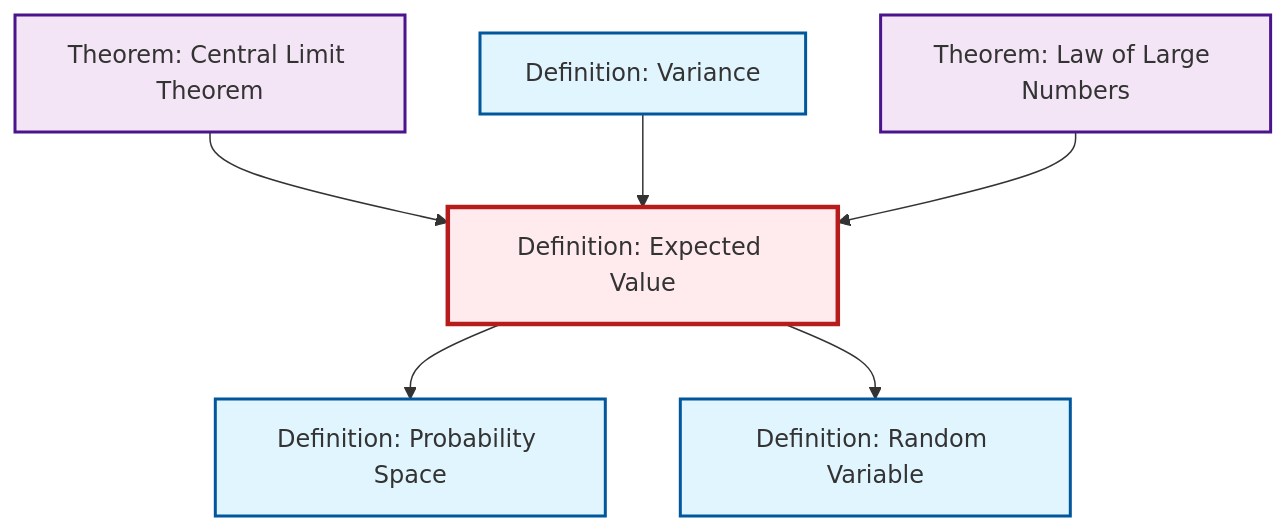
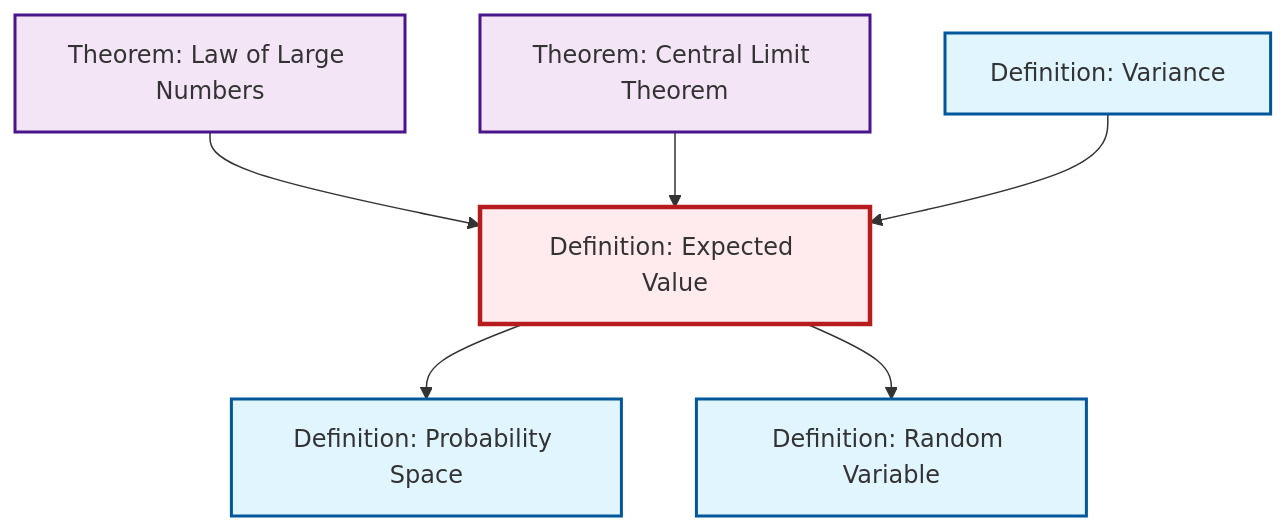
One commit to RK0429/ModernMath changed the second of 2 diagrams in content/ja/probability-statistics/def-expectation.qmd. Above: the diagram before and after it, drawn with Mermaid. The commit also changed other lines of this file and 581 other files, not shown here.

````diff
--- a/content/ja/probability-statistics/def-expectation.qmd
+++ b/content/ja/probability-statistics/def-expectation.qmd
@@ -88,26 +88,26 @@
 ```{mermaid}
 %%| fig-cap: "Local dependency graph"
 graph TD
     classDef definition fill:#e1f5fe,stroke:#01579b,stroke-width:2px
     classDef theorem fill:#f3e5f5,stroke:#4a148c,stroke-width:2px
     classDef axiom fill:#fff3e0,stroke:#e65100,stroke-width:2px
     classDef example fill:#e8f5e9,stroke:#1b5e20,stroke-width:2px
     classDef current fill:#ffebee,stroke:#b71c1c,stroke-width:3px
+    def-probability-space["Definition: Probability Space"]:::definition
+    thm-central-limit["Theorem: Central Limit Theorem"]:::theorem
     def-variance["Definition: Variance"]:::definition
+    def-expectation["Definition: Expected Value"]:::definition
+    thm-law-of-large-numbers["Theorem: Law of Large Numbers"]:::theorem
     def-random-variable["Definition: Random Variable"]:::definition
-    thm-law-of-large-numbers["Theorem: Law of Large Numbers"]:::theorem
-    thm-central-limit["Theorem: Central Limit Theorem"]:::theorem
-    def-probability-space["Definition: Probability Space"]:::definition
-    def-expectation["Definition: Expected Value"]:::definition
+    thm-law-of-large-numbers --> def-expectation
+    def-expectation --> def-probability-space
     thm-central-limit --> def-expectation
-    def-expectation --> def-probability-space
+    def-expectation --> def-random-variable
     def-variance --> def-expectation
-    thm-law-of-large-numbers --> def-expectation
-    def-expectation --> def-random-variable
     class def-expectation current
+    click def-probability-space "def-probability-space.html" "Definition: Probability Spaceへ"
+    click thm-central-limit "thm-central-limit.html" "Theorem: Central Limit Theoremへ"
     click def-variance "def-variance.html" "Definition: Varianceへ"
+    click thm-law-of-large-numbers "thm-law-of-large-numbers.html" "Theorem: Law of Large Numbersへ"
     click def-random-variable "def-random-variable.html" "Definition: Random Variableへ"
-    click thm-law-of-large-numbers "thm-law-of-large-numbers.html" "Theorem: Law of Large Numbersへ"
-    click thm-central-limit "thm-central-limit.html" "Theorem: Central Limit Theoremへ"
-    click def-probability-space "def-probability-space.html" "Definition: Probability Spaceへ"
 ```
````
